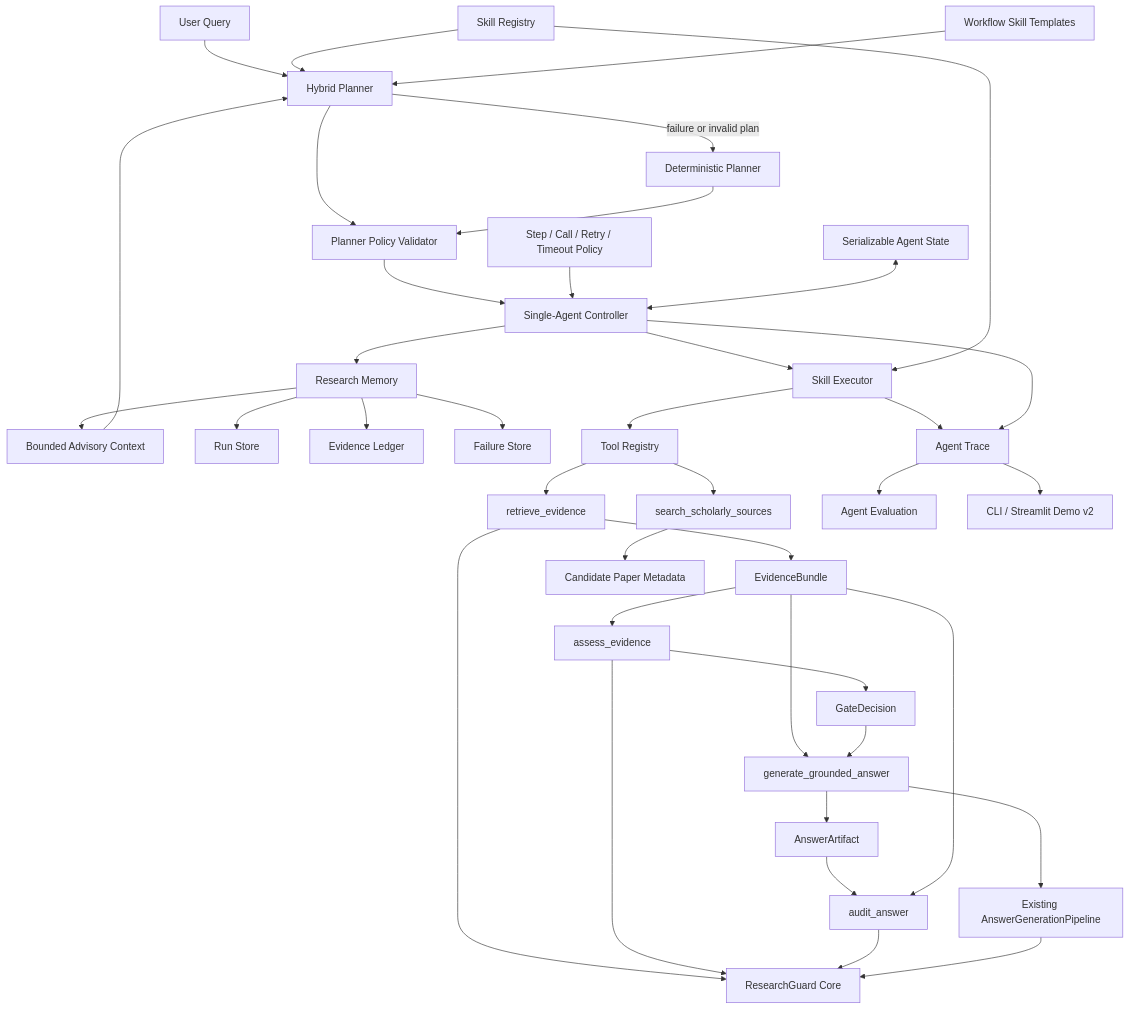
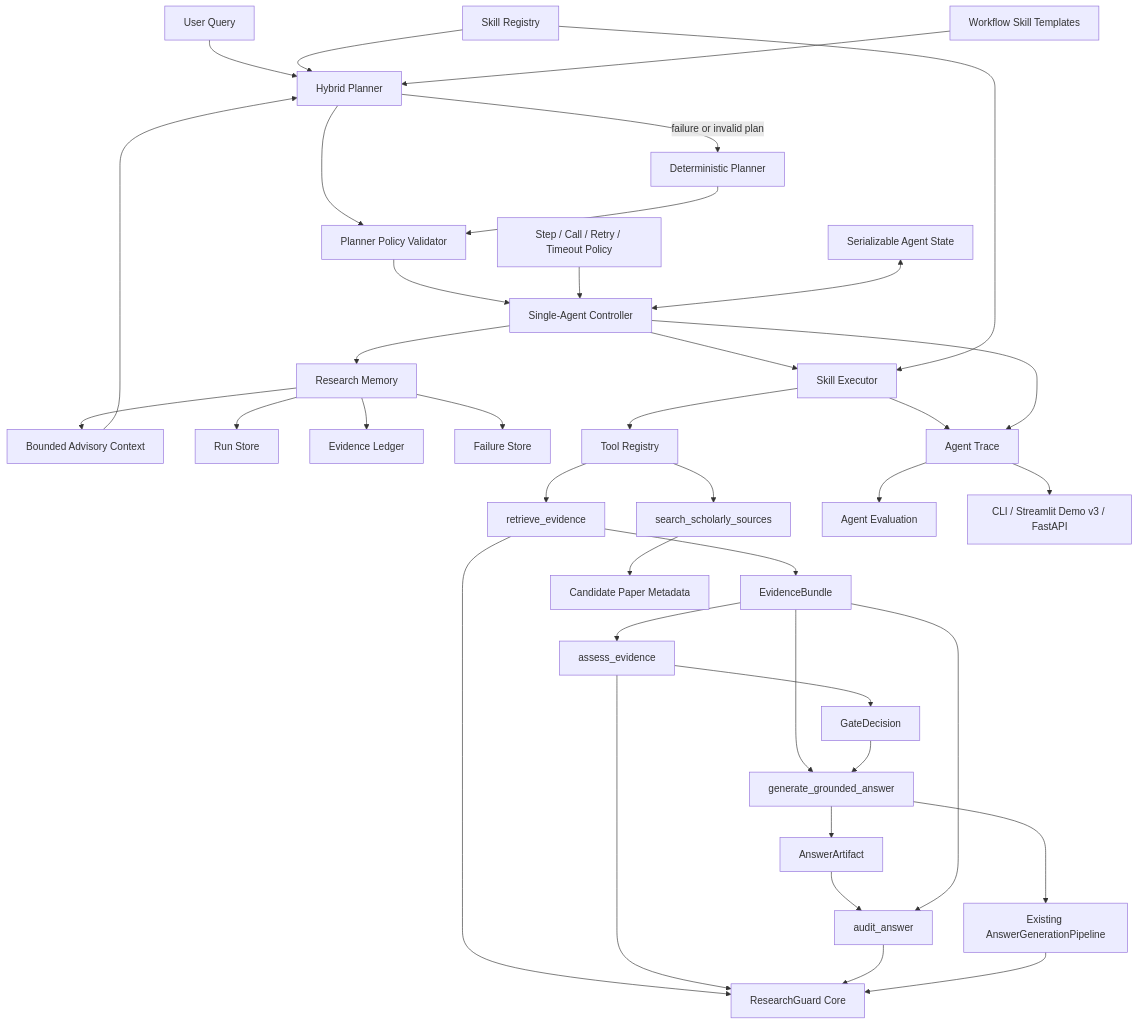
The second of 2 diagrams in README.md (Xzh1844963039/ResearchGuard-Agent), drawn with Mermaid before and after one commit. The commit also changed other lines of this file and 45 other files, not shown here.

````diff
--- a/README.md
+++ b/README.md
@@ -35,41 +53,41 @@
 ```mermaid
 flowchart TD
     Query["User Query"] --> Planner["Hybrid Planner"]
     Planner --> Validator["Planner Policy Validator"]
     SkillRegistry["Skill Registry"] --> Planner
     Validator --> Controller["Single-Agent Controller"]
     Planner -->|failure or invalid plan| Fallback["Deterministic Planner"]
     Fallback --> Validator
     Policy["Step / Call / Retry / Timeout Policy"] --> Controller
     State["Serializable Agent State"] <--> Controller
     Controller --> Memory["Research Memory"]
     Memory --> Context["Bounded Advisory Context"]
     Context --> Planner
     Memory --> RunStore["Run Store"]
     Memory --> Ledger["Evidence Ledger"]
     Memory --> FailureStore["Failure Store"]
     Controller --> SkillExecutor["Skill Executor"]
     SkillRegistry --> SkillExecutor
     SkillExecutor --> Registry["Tool Registry"]
     WorkflowTemplates["Workflow Skill Templates"] --> Planner
     Registry --> RetrievalTool["retrieve_evidence"]
     RetrievalTool --> Bundle["EvidenceBundle"]
     Bundle --> EvidenceTool["assess_evidence"]
     EvidenceTool --> GateDecision["GateDecision"]
     Bundle --> AnswerTool["generate_grounded_answer"]
     GateDecision --> AnswerTool
     AnswerTool --> Artifact["AnswerArtifact"]
     Artifact --> AuditTool["audit_answer"]
     Bundle --> AuditTool
     Registry --> ScholarTool["search_scholarly_sources"]
     RetrievalTool --> Core["ResearchGuard Core"]
     EvidenceTool --> Core
     AnswerTool --> Generator["Existing AnswerGenerationPipeline"]
     AuditTool --> Core
     ScholarTool --> Candidates["Candidate Paper Metadata"]
     Generator --> Core
     SkillExecutor --> Trace["Agent Trace"]
     Controller --> Trace
     Trace --> Evaluation["Agent Evaluation"]
-    Trace --> Demo["CLI / Streamlit Demo v2"]
+    Trace --> Demo["CLI / Streamlit Demo v3 / FastAPI"]
 ```
````
